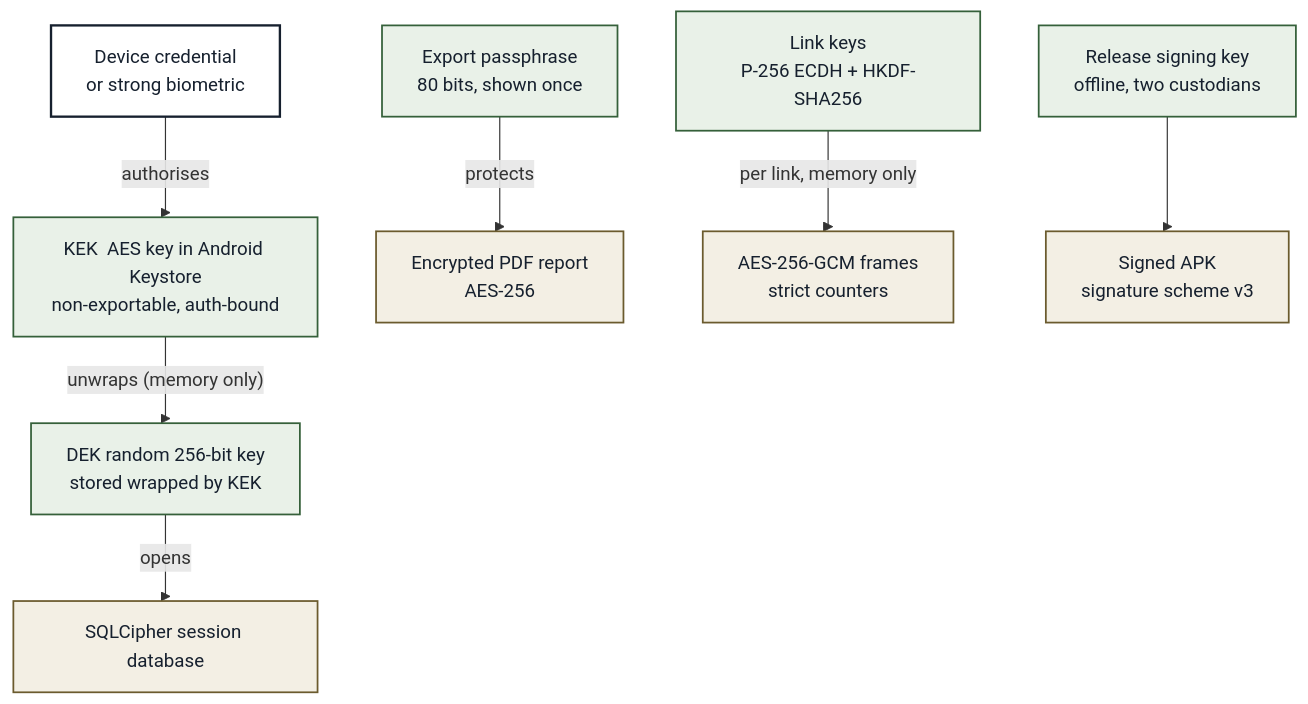
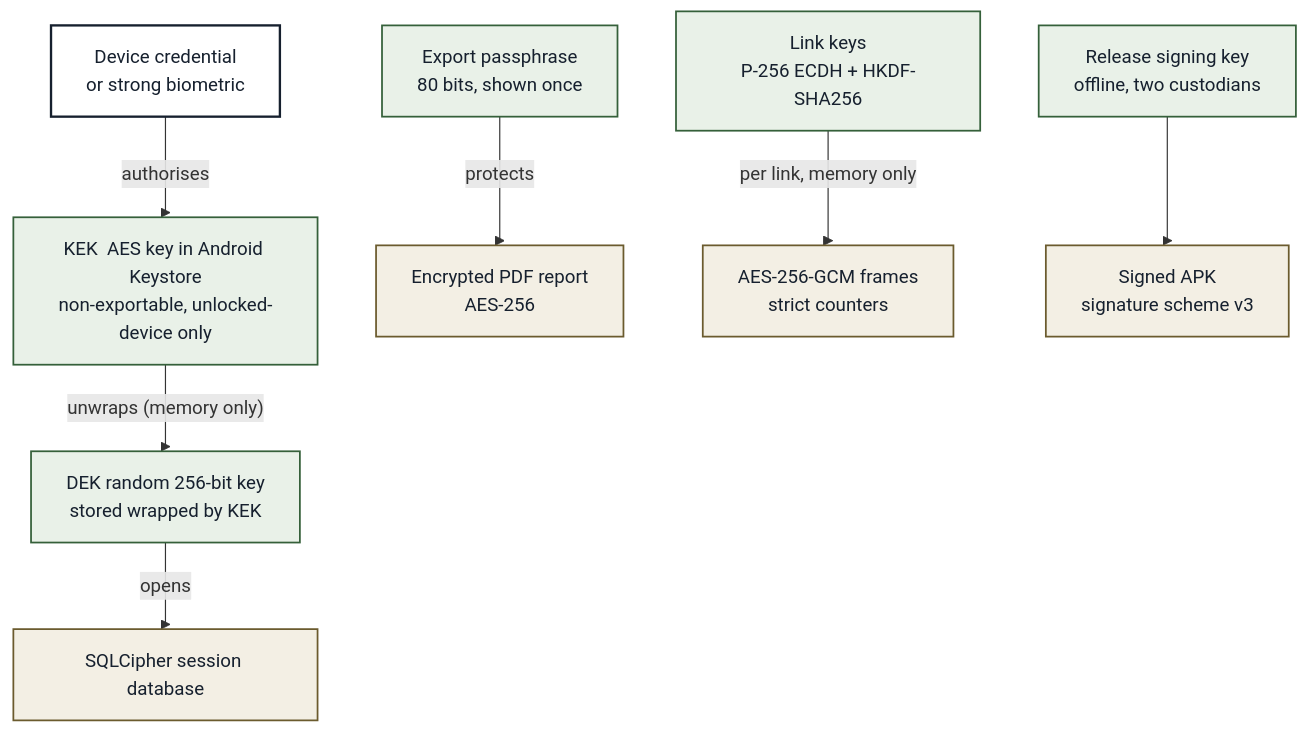
Diagram 15 of 17 in docs/README.md (Yash-Awasthi/sign-setu), drawn with Mermaid before and after one commit. The commit also changed other lines of this file and 23 other files, not shown here.

Commit message:
feat(security): database key works only while the phone is unlocked

````diff
--- a/docs/README.md
+++ b/docs/README.md
@@ -887,24 +889,24 @@
 ```mermaid
 %%{init: {"flowchart": {"curve": "step"}}}%%
 flowchart TB
   CRED["Device credential<br/>or strong biometric"]:::ext
-  KEK["KEK  AES key in Android Keystore<br/>non-exportable, auth-bound"]:::sec
+  KEK["KEK  AES key in Android Keystore<br/>non-exportable, unlocked-device only"]:::sec
   DEK["DEK  random 256-bit key<br/>stored wrapped by KEK"]:::sec
   DB["SQLCipher session database"]:::data
   PASS["Export passphrase<br/>80 bits, shown once"]:::sec
   PDF["Encrypted PDF report<br/>AES-256"]:::data
   ECDH["Link keys<br/>P-256 ECDH + HKDF-SHA256"]:::sec
   FR["AES-256-GCM frames<br/>strict counters"]:::data
   SIGN["Release signing key<br/>offline, two custodians"]:::sec
   APK["Signed APK<br/>signature scheme v3"]:::data
   CRED -- "authorises" --> KEK
   KEK -- "unwraps (memory only)" --> DEK
   DEK -- "opens" --> DB
   PASS -- "protects" --> PDF
   ECDH -- "per link, memory only" --> FR
   SIGN --> APK
   classDef ext fill:#ffffff,stroke:#16202e,stroke-width:2px,color:#16202e
   classDef comp fill:#e8eef7,stroke:#1f3a5f,stroke-width:1.5px,color:#16202e
   classDef data fill:#f3efe4,stroke:#6b5b2e,stroke-width:1.5px,color:#16202e
   classDef sec fill:#e9f1e8,stroke:#35603a,stroke-width:1.5px,color:#16202e
 ```
````
